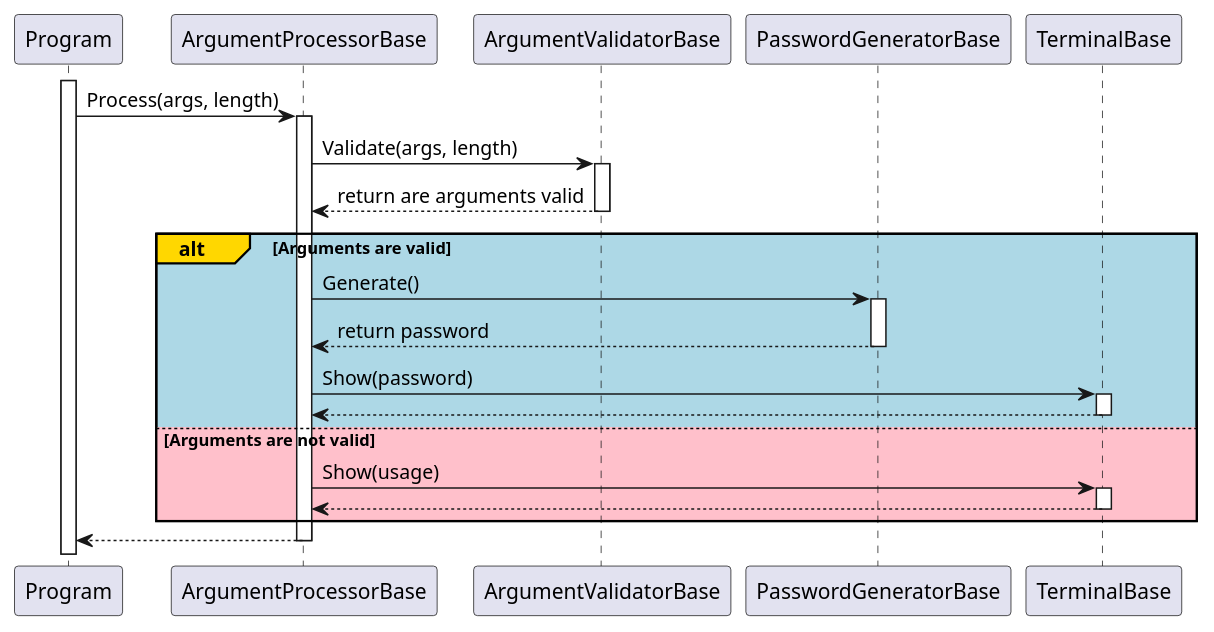
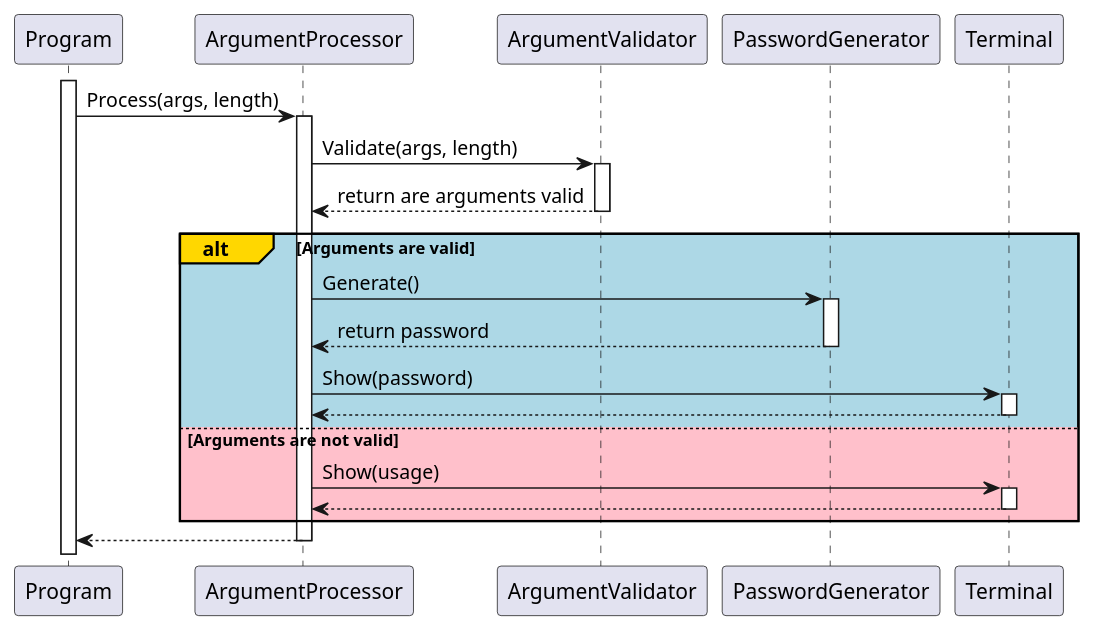
Before and after one commit to djvelimir/demo-cpp-cli: the diagram in diagrams/Sequence.puml, drawn with PlantUML. The commit also changed 1 other file, not shown here.

Commit message:
Update diagrams

```diff
--- a/diagrams/Sequence.puml
+++ b/diagrams/Sequence.puml
@@ -1,38 +1,38 @@
 @startuml Sequence
 participant Program as program
-participant ArgumentProcessorBase as argumentProcessor
-participant ArgumentValidatorBase as argumentValidator
-participant PasswordGeneratorBase as passwordGenerator
-participant TerminalBase as terminal
+participant ArgumentProcessor as argumentProcessor
+participant ArgumentValidator as argumentValidator
+participant PasswordGenerator as passwordGenerator
+participant Terminal as terminal
 
 activate program
 
 program -> argumentProcessor: Process(args, length)
 activate argumentProcessor
 
 argumentProcessor -> argumentValidator: Validate(args, length)
 activate argumentValidator
 argumentProcessor <-- argumentValidator: return are arguments valid
 deactivate argumentValidator
 
 alt#Gold #LightBlue Arguments are valid
     argumentProcessor -> passwordGenerator: Generate()
     activate passwordGenerator
     argumentProcessor <-- passwordGenerator: return password
     deactivate passwordGenerator
 
     argumentProcessor -> terminal: Show(password)
     activate terminal
     argumentProcessor <-- terminal
     deactivate terminal
 
 else #Pink Arguments are not valid
     argumentProcessor -> terminal: Show(usage)
     activate terminal
     argumentProcessor <-- terminal
     deactivate terminal
 end
 
 program <-- argumentProcessor
 deactivate argumentProcessor
 @enduml
```
